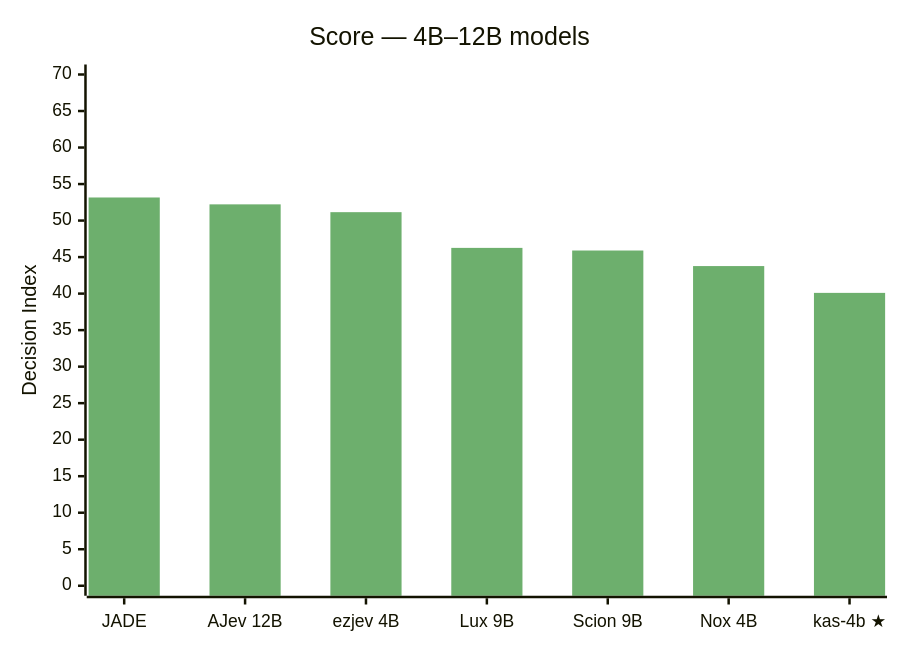
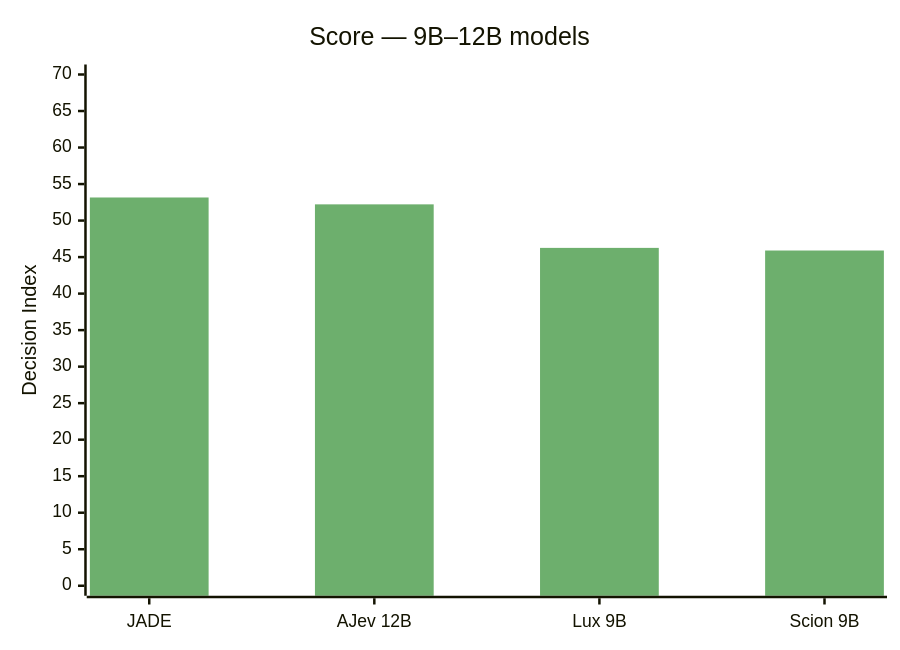
One commit to kashavpiya/kas-4b changed the second of 4 diagrams in README.md. Above: the diagram before and after it, drawn with Mermaid. The commit also changed other lines of this file, not shown here.

Commit message:
README: split 4B into own chart, kas-4b highlighted in red

````diff
--- a/README.md
+++ b/README.md
@@ -25,8 +25,8 @@
 ```mermaid
-%%{init: {'theme': 'base', 'themeVariables': {'xyChart': {'plotColorPalette': '#6DAF6D,#6DAF6D,#6DAF6D,#6DAF6D,#6DAF6D,#6DAF6D,#F4A62A'}}}}%%
+%%{init: {'theme': 'base', 'themeVariables': {'xyChart': {'plotColorPalette': '#6DAF6D'}}}}%%
 xychart-beta
-    title "Score — 4B–12B models"
-    x-axis ["JADE", "AJev 12B", "ezjev 4B", "Lux 9B", "Scion 9B", "Nox 4B", "kas-4b ★"]
+    title "Score — 9B–12B models"
+    x-axis ["JADE", "AJev 12B", "Lux 9B", "Scion 9B"]
     y-axis "Decision Index" 0 --> 70
-    bar [53.16, 52.22, 51.15, 46.26, 45.9, 43.77, 40.1]
+    bar [53.16, 52.22, 46.26, 45.9]
 ```
````
